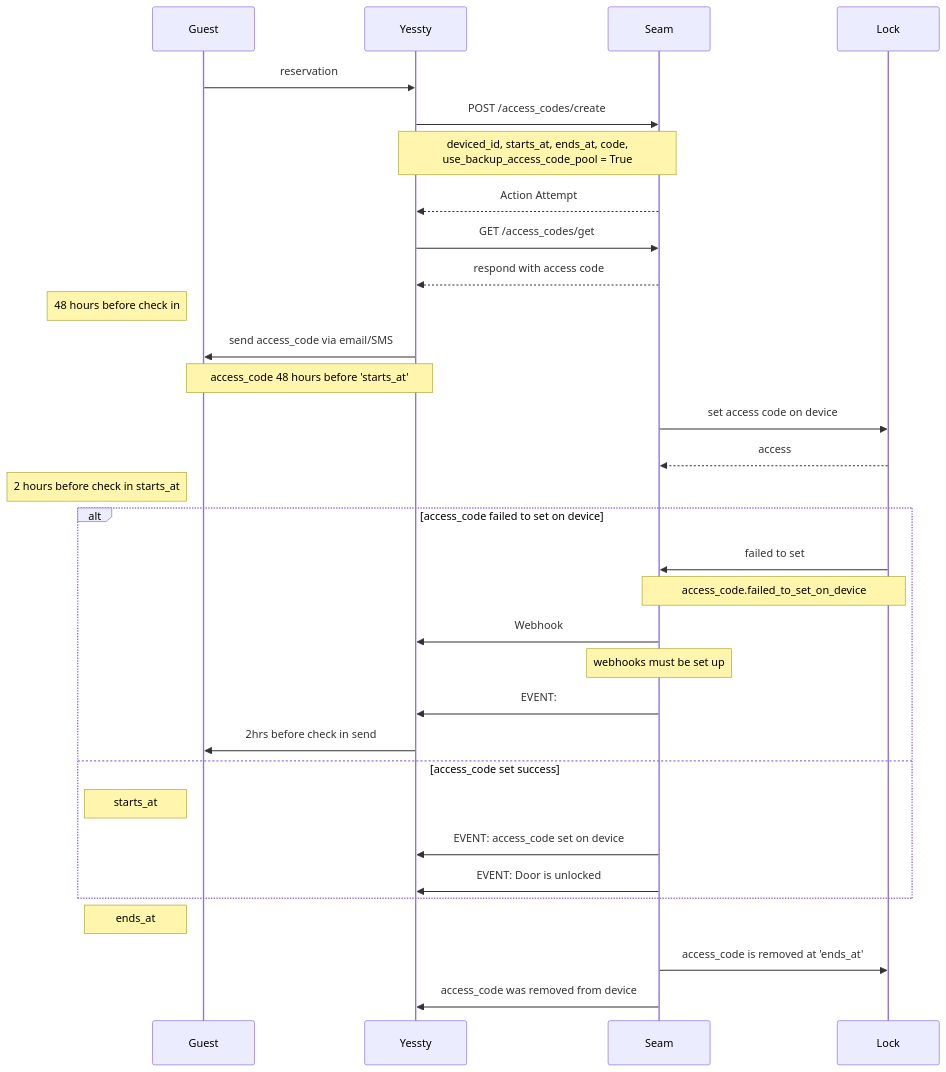
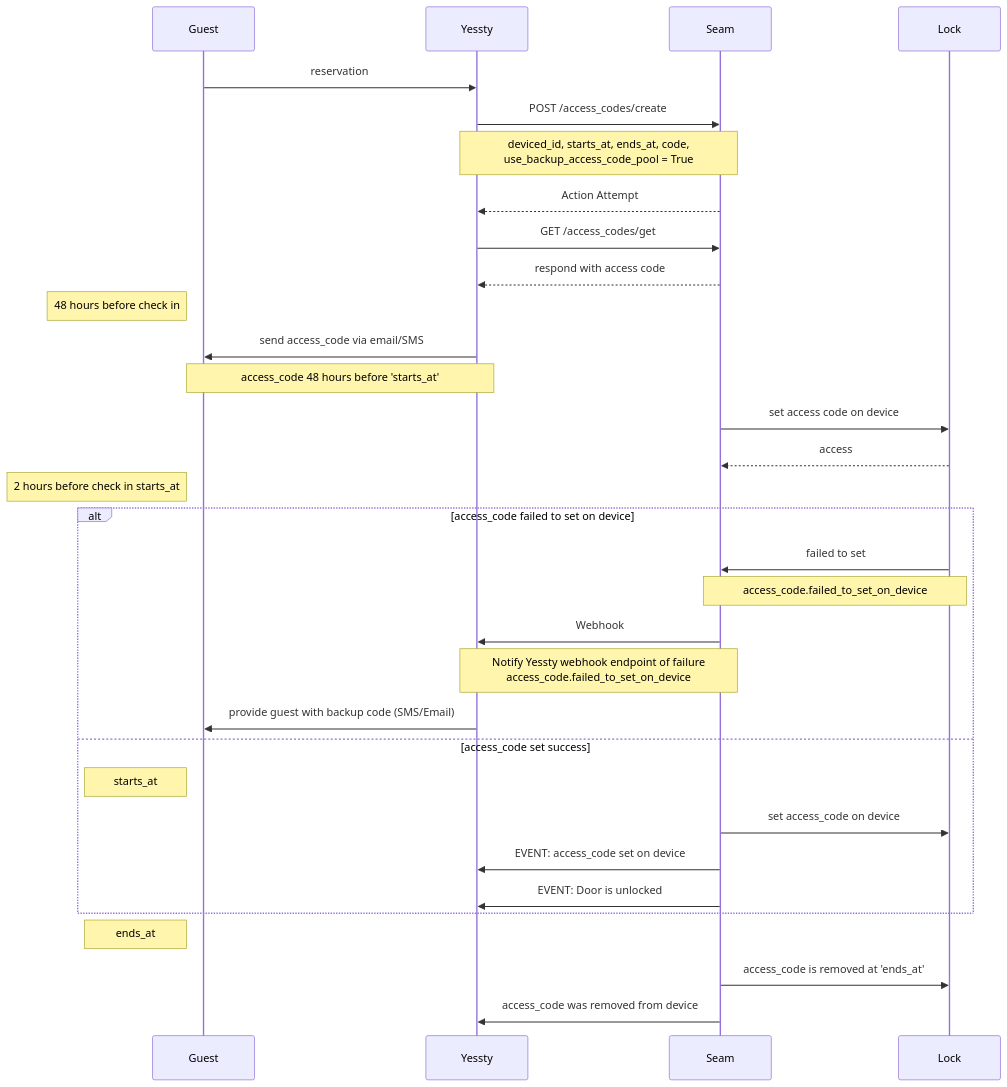
The diagram in mermaid.md (alexrigler/seam-demo), drawn with Mermaid before and after one commit. The commit also changed 3 other files, not shown here.

Commit message:
update scratch and diagram

````diff
--- a/mermaid.md
+++ b/mermaid.md
@@ -1,36 +1,36 @@
 ```mermaid
 sequenceDiagram
     participant Guest
     participant Yessty
     participant Seam 
     participant Lock
     Guest->>Yessty: reservation
     Yessty->>Seam: POST /access_codes/create
     Note over Yessty,Seam: deviced_id, starts_at, ends_at, code, <br/> use_backup_access_code_pool = True
     Seam-->>Yessty: Action Attempt
     Yessty->>Seam: GET /access_codes/get
     Seam-->>Yessty: respond with access code
     Note left of Guest: 48 hours before check in
     Yessty->>Guest: send access_code via email/SMS
     Note over Guest,Yessty: access_code 48 hours before 'starts_at'
     Seam->>Lock: set access code on device
     Lock-->>Seam: access
     Note left of Guest: 2 hours before check in starts_at
     alt access_code failed to set on device
         Lock->>Seam: failed to set
         Note over Seam,Lock: access_code.failed_to_set_on_device
         Seam->>Yessty: Webhook 
-        Note over Seam: webhooks must be set up
-        Seam->>Yessty: EVENT: 
-        Yessty->>Guest: 2hrs before check in send 
+        Note over Yessty,Seam: Notify Yessty webhook endpoint of failure <br/> access_code.failed_to_set_on_device
+        Yessty->>Guest: provide guest with backup code (SMS/Email)
 
     else access_code set success
         Note left of Guest: starts_at
+        Seam->>Lock: set access_code on device
         Seam->>Yessty: EVENT: access_code set on device
         Seam->>Yessty: EVENT: Door is unlocked
 
     end
     Note left of Guest: ends_at
     Seam->>Lock: access_code is removed at 'ends_at'
     Seam->>Yessty: access_code was removed from device
 ```
````
